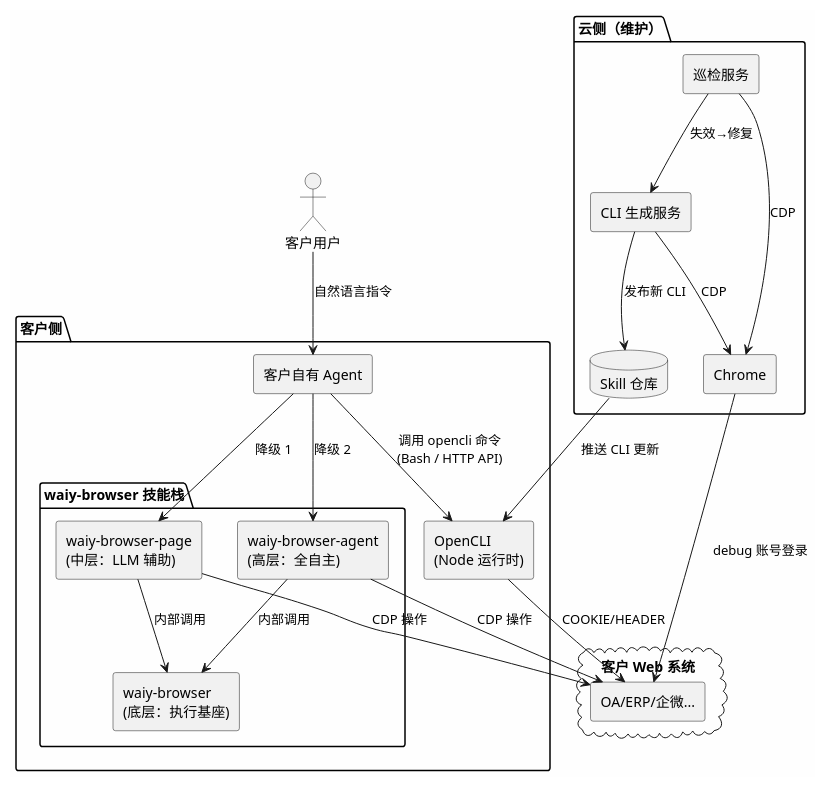
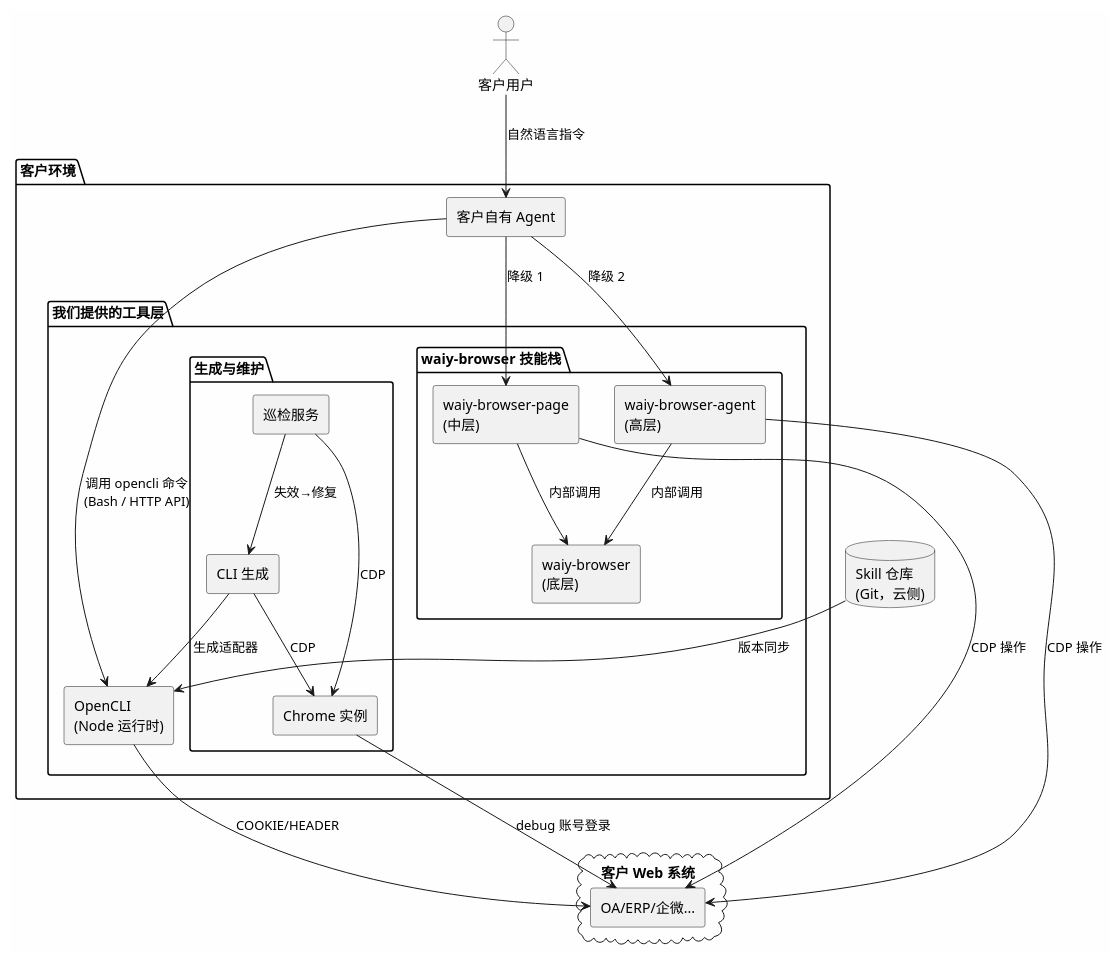
The sixth of 7 diagrams in doc/office-automation-architecture.md (shadow-cyan/OpenCLI), drawn with PlantUML before and after one commit. The commit also changed other lines of this file, not shown here.

First line of the commit message:
docs(architecture): move巡检+CLI生成 into镜像环境, add OSS distribution

````diff
--- a/doc/office-automation-architecture.md
+++ b/doc/office-automation-architecture.md
@@ -529,50 +533,55 @@
 ```plantuml
 @startuml
 skinparam componentStyle rectangle
 skinparam backgroundColor #FEFEFE
 
 actor "客户用户" as User
 
-package "客户侧" {
+package "客户环境" {
   [客户自有 Agent] as CA
-  [OpenCLI\n(Node 运行时)] as OC
 
-  package "waiy-browser 技能栈" {
-    [waiy-browser-page\n(中层：LLM 辅助)] as BP
-    [waiy-browser-agent\n(高层：全自主)] as BA
-    [waiy-browser\n(底层：执行基座)] as BW
+  package "我们提供的工具层" {
+    [OpenCLI\n(Node 运行时)] as OC
 
-    BP --> BW : 内部调用
-    BA --> BW : 内部调用
+    package "waiy-browser 技能栈" {
+      [waiy-browser-page\n(中层)] as BP
+      [waiy-browser-agent\n(高层)] as BA
+      [waiy-browser\n(底层)] as BW
+
+      BP --> BW : 内部调用
+      BA --> BW : 内部调用
+    }
+
+    package "生成与维护" {
+      [CLI 生成] as Factory
+      [巡检服务] as Patrol
+      [Chrome 实例] as Chrome
+
+      Factory --> Chrome : CDP
+      Patrol --> Chrome : CDP
+      Patrol --> Factory : 失效→修复
+    }
+
+    Factory --> OC : 生成适配器
   }
 
   CA --> OC : 调用 opencli 命令\n(Bash / HTTP API)
   CA --> BP : 降级 1
   CA --> BA : 降级 2
 }
 
-package "云侧（维护）" {
-  [CLI 生成服务] as Factory
-  [巡检服务] as Patrol
-  database "Skill 仓库" as Repo
-  [Chrome] as Chrome
-
-  Factory --> Chrome : CDP
-  Patrol --> Chrome : CDP
-  Factory --> Repo : 发布新 CLI
-  Patrol --> Factory : 失效→修复
-}
+database "Skill 仓库\n(Git，云侧)" as Repo
 
 cloud "客户 Web 系统" {
   [OA/ERP/企微...] as WebSys
 }
 
 User --> CA : 自然语言指令
-Repo --> OC : 推送 CLI 更新
+Repo --> OC : 版本同步
 OC --> WebSys : COOKIE/HEADER
 BP --> WebSys : CDP 操作
 BA --> WebSys : CDP 操作
 Chrome --> WebSys : debug 账号登录
 
 @enduml
 ```
````
